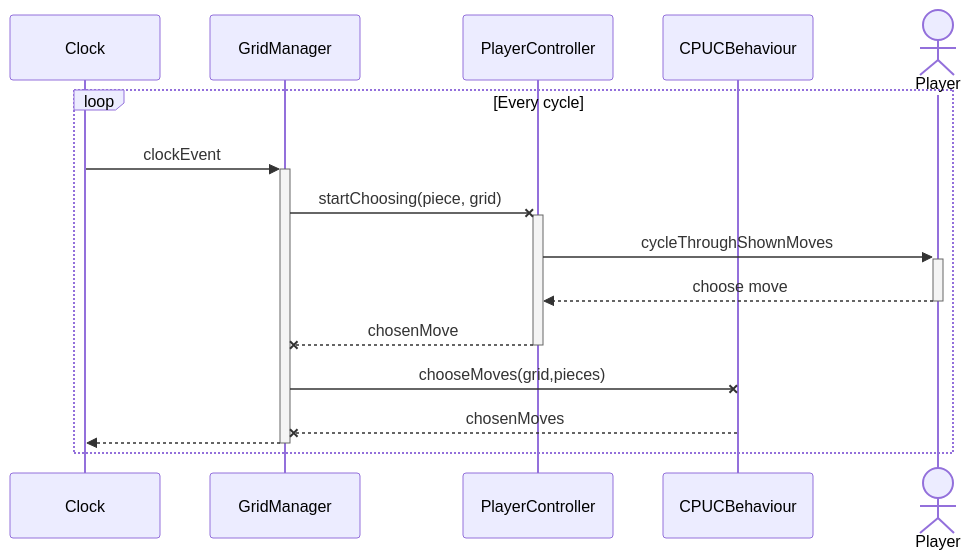
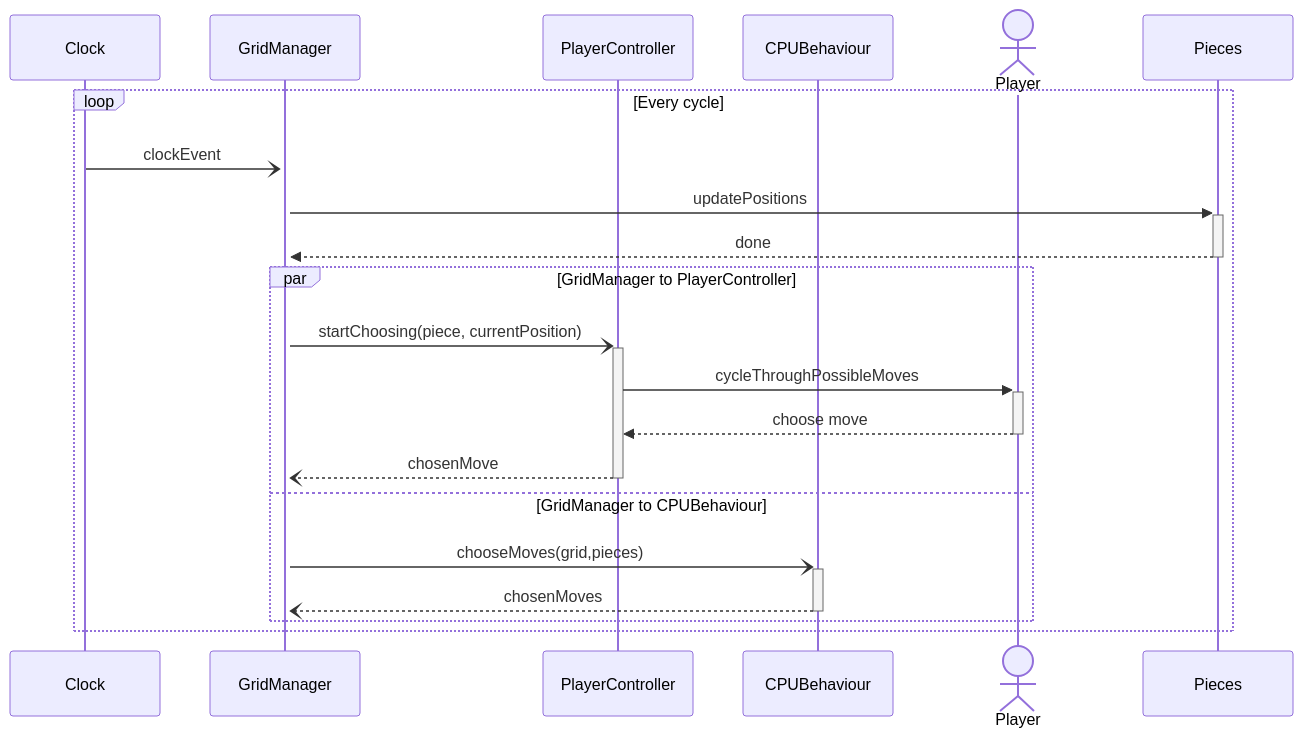
One commit to martinopiaggi/Gambetto changed the second of 2 diagrams in Documents/game design document.md. Above: the diagram before and after it, drawn with Mermaid. The commit also changed other lines of this file, not shown here.

Commit message:
updates clock sequence diagram

````diff
--- a/Documents/game design document.md
+++ b/Documents/game design document.md
@@ -133,20 +151,26 @@
 ```mermaid
+
 sequenceDiagram
 
     participant C as Clock
 
     participant G as GridManager
 		participant PC as PlayerController
-		participant CB as CPUCBehaviour
+		participant CB as CPUBehaviour
 		actor P as Player
+		participant PI as Pieces
 		loop Every cycle
-		C->>+G: clockEvent
-		G -x+ PC: startChoosing(piece, grid)
-		PC->>+ P: cycleThroughShownMoves
+		C-)+G: clockEvent
+		G ->>+ PI: updatePositions
+		PI -->>-G: done
+		par GridManager to PlayerController
+		G -)+ PC: startChoosing(piece, currentPosition)
+		PC->>+ P: cycleThroughPossibleMoves
 		P -->>- PC: choose move
-		PC --x- G: chosenMove
-		G -x CB: chooseMoves(grid,pieces)
-		CB --x G: chosenMoves
-		G -->>-C: 
+		PC --)- G: chosenMove
+		and GridManager to CPUBehaviour
+		G -)+ CB: chooseMoves(grid,pieces)
+		CB --)- G: chosenMoves
+		end
 		end
 ```
````
